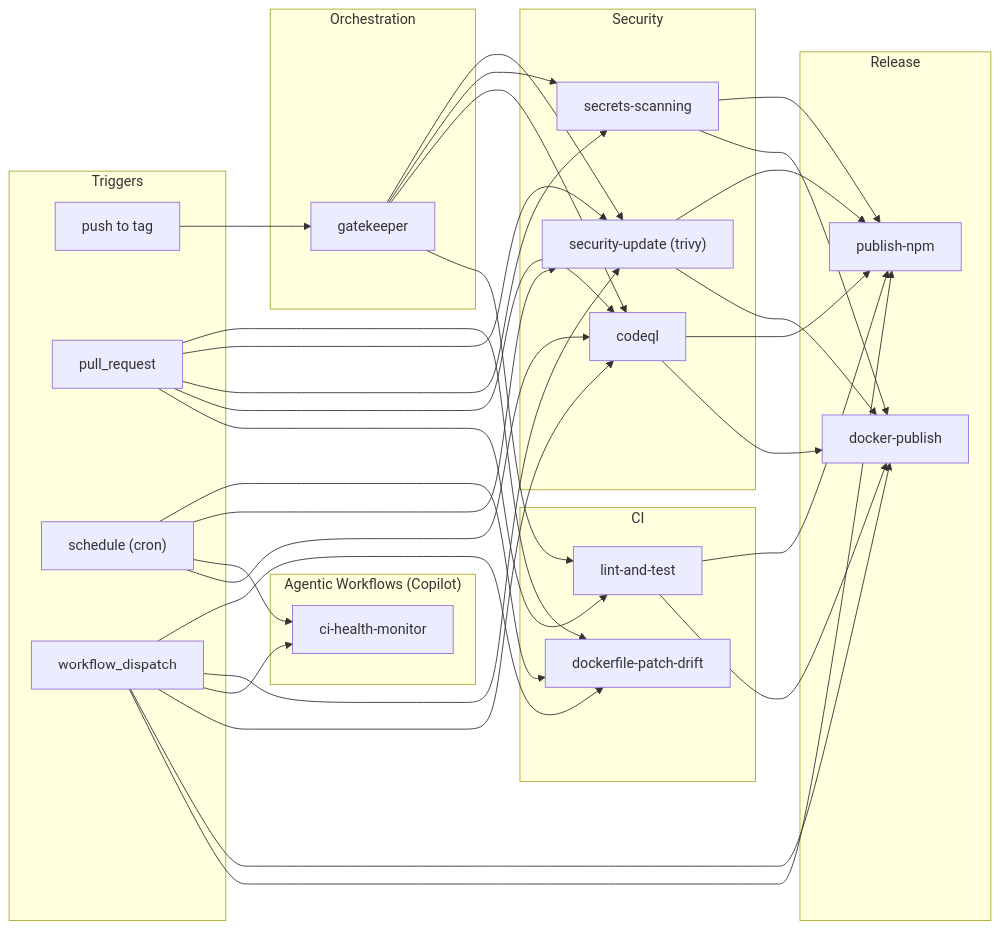
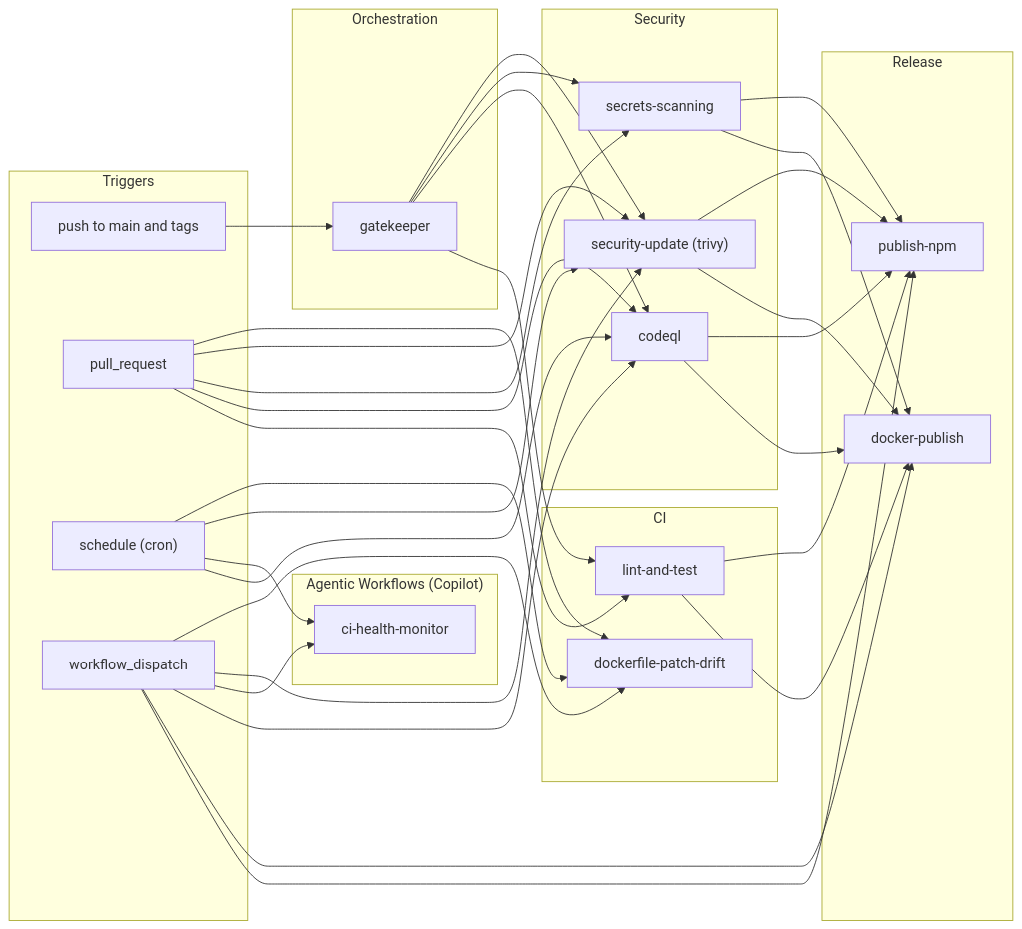
The diagram in .github/workflows/README.md (neverinfamous/mysql-mcp), drawn with Mermaid before and after one commit. The commit also changed other lines of this file and 7 other files, not shown here.

````diff
--- a/.github/workflows/README.md
+++ b/.github/workflows/README.md
@@ -10,61 +10,61 @@
 ```mermaid
 flowchart LR
     subgraph Triggers["Triggers"]
-        Tag["push to tag"]
+        Tag["push to main and tags"]
         PR["pull_request"]
         Sched["schedule (cron)"]
         Manual["workflow_dispatch"]
     end
 
     subgraph Orchestration["Orchestration"]
         Gate["gatekeeper"]
     end
 
     subgraph CI["CI"]
         LT["lint-and-test"]
         DPD["dockerfile-patch-drift"]
     end
 
     subgraph Security["Security"]
         CQL["codeql"]
         SS["secrets-scanning"]
         SU["security-update (trivy)"]
     end
 
     subgraph Release_["Release"]
         DP["docker-publish"]
         NPM["publish-npm"]
     end
 
     subgraph Agentic["Agentic Workflows (Copilot)"]
         CHM["ci-health-monitor"]
     end
 
     PR --> LT
     PR --> CQL
     PR --> SS
     PR --> SU
     PR --> DPD
 
     Tag --> Gate
 
     Gate --> LT
     Gate --> CQL
     Gate --> SS
     Gate --> SU
 
     LT & CQL & SS & SU --> DP
     LT & CQL & SS & SU --> NPM
 
     Manual --> NPM
     Manual --> DP
     Manual --> CQL
     Manual --> CHM
     Manual --> SU
     Manual --> DPD
 
     Sched --> CQL
     Sched --> CHM
     Sched --> SU
     Sched --> DPD
 ```
````
